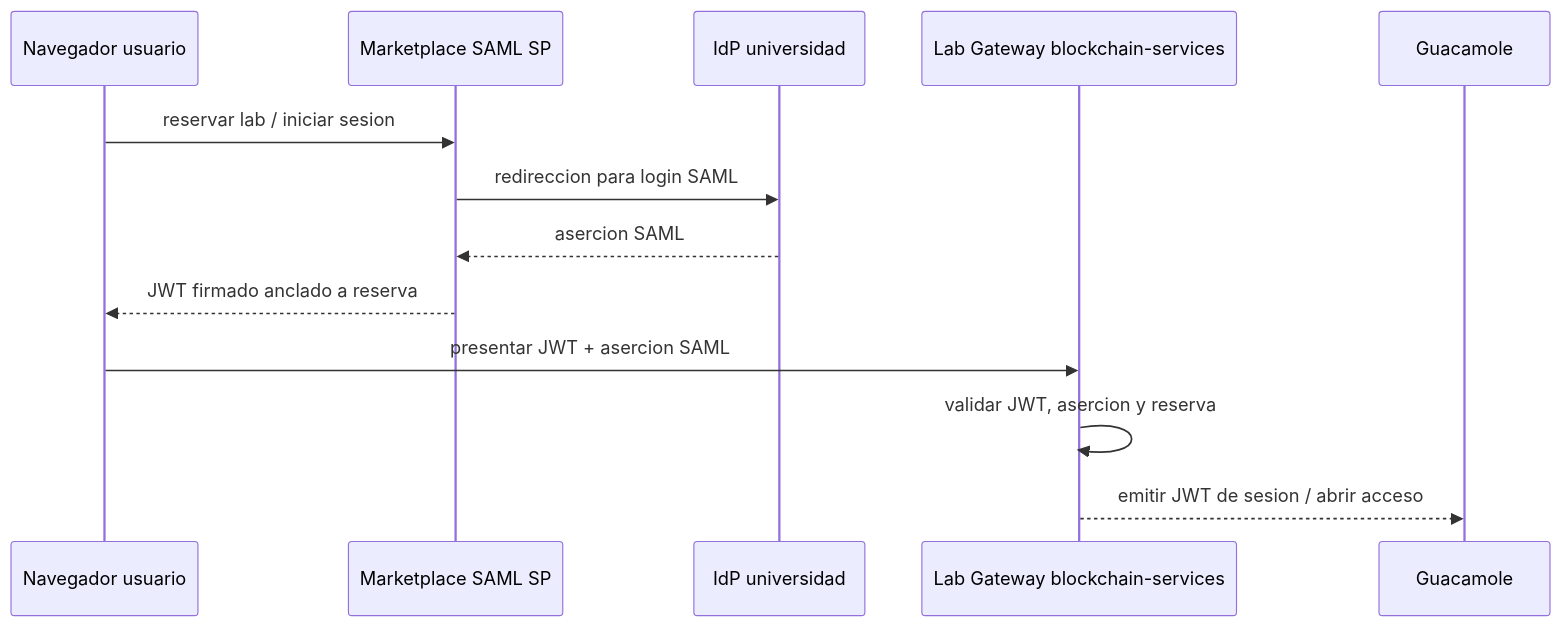
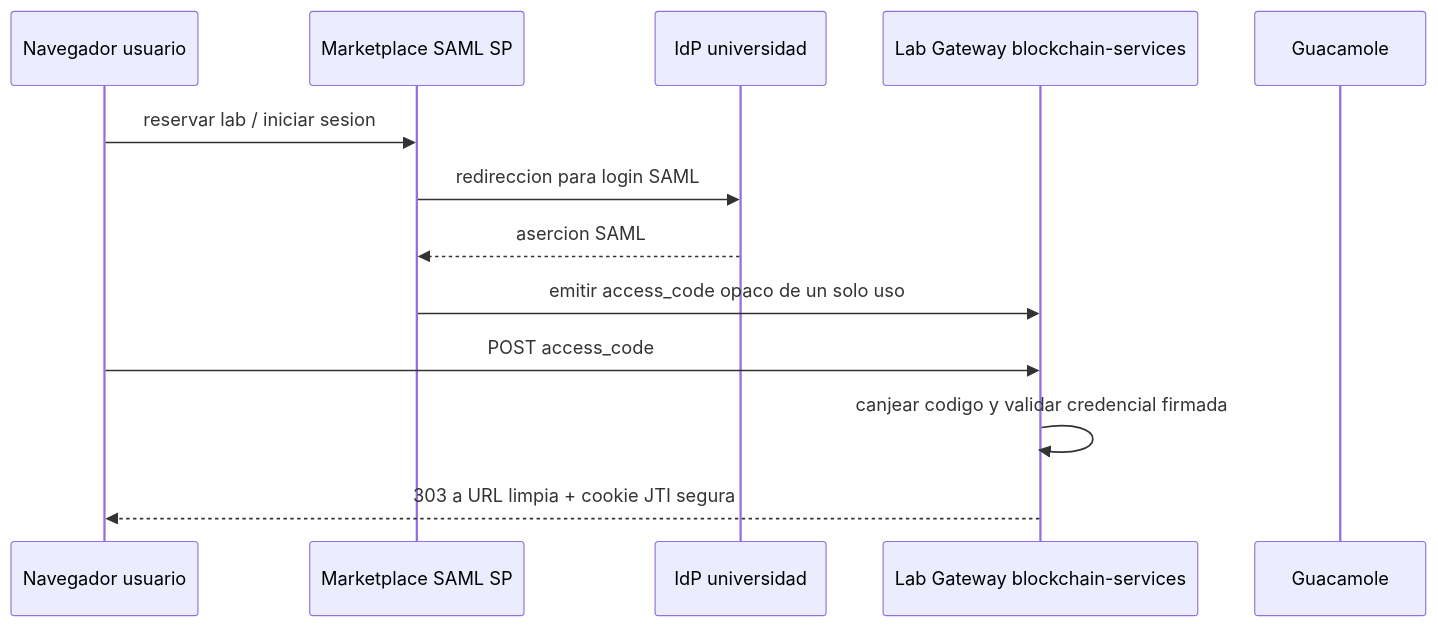
The diagram in docs/edugain/edugain-federacion.md (DecentraLabsCom/Lab-Gateway), drawn with Mermaid before and after one commit. The commit also changed other lines of this file and 16 other files, not shown here.

Commit message:
Implement secure institutional lab access flow

````diff
--- a/docs/edugain/edugain-federacion.md
+++ b/docs/edugain/edugain-federacion.md
@@ -20,16 +20,16 @@
 ```mermaid
 sequenceDiagram
     participant Browser as Navegador usuario
     participant Marketplace as Marketplace SAML SP
     participant IdP as IdP universidad
     participant Gateway as Lab Gateway blockchain-services
     participant Guac as Guacamole
 
     Browser->>Marketplace: reservar lab / iniciar sesion
     Marketplace->>IdP: redireccion para login SAML
     IdP-->>Marketplace: asercion SAML
-    Marketplace-->>Browser: JWT firmado anclado a reserva
-    Browser->>Gateway: presentar JWT + asercion SAML
-    Gateway->>Gateway: validar JWT, asercion y reserva
-    Gateway-->>Guac: emitir JWT de sesion / abrir acceso
+    Marketplace->>Gateway: emitir access_code opaco de un solo uso
+    Browser->>Gateway: POST access_code
+    Gateway->>Gateway: canjear codigo y validar credencial firmada
+    Gateway-->>Browser: 303 a URL limpia + cookie JTI segura
 ```
````
